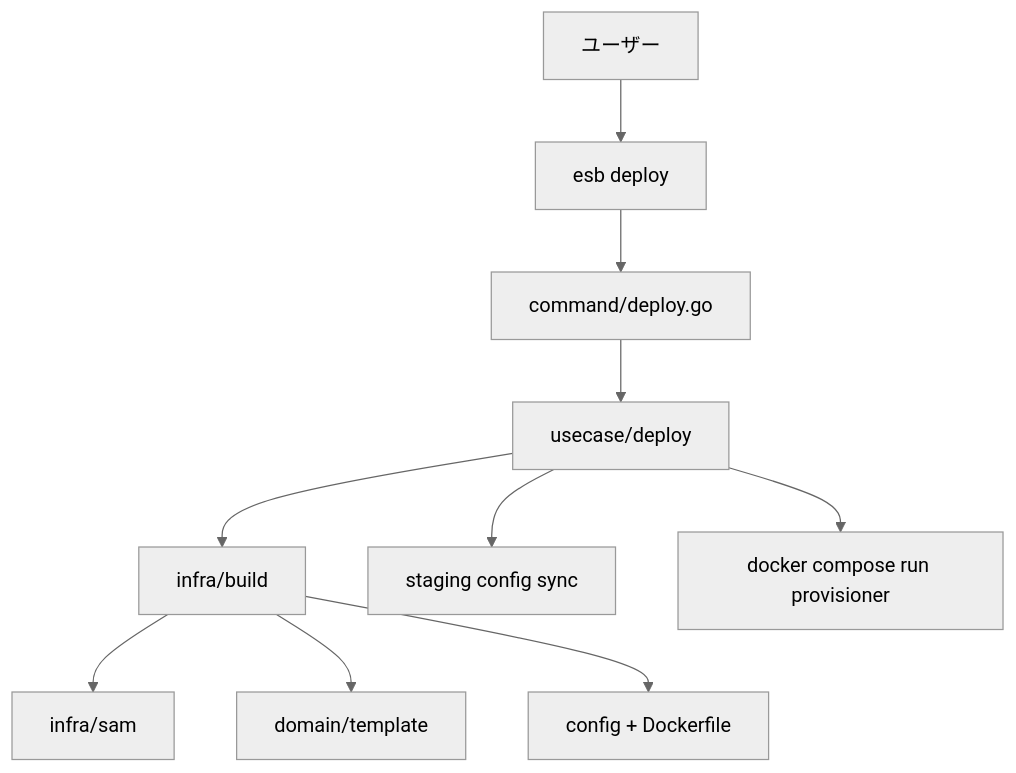
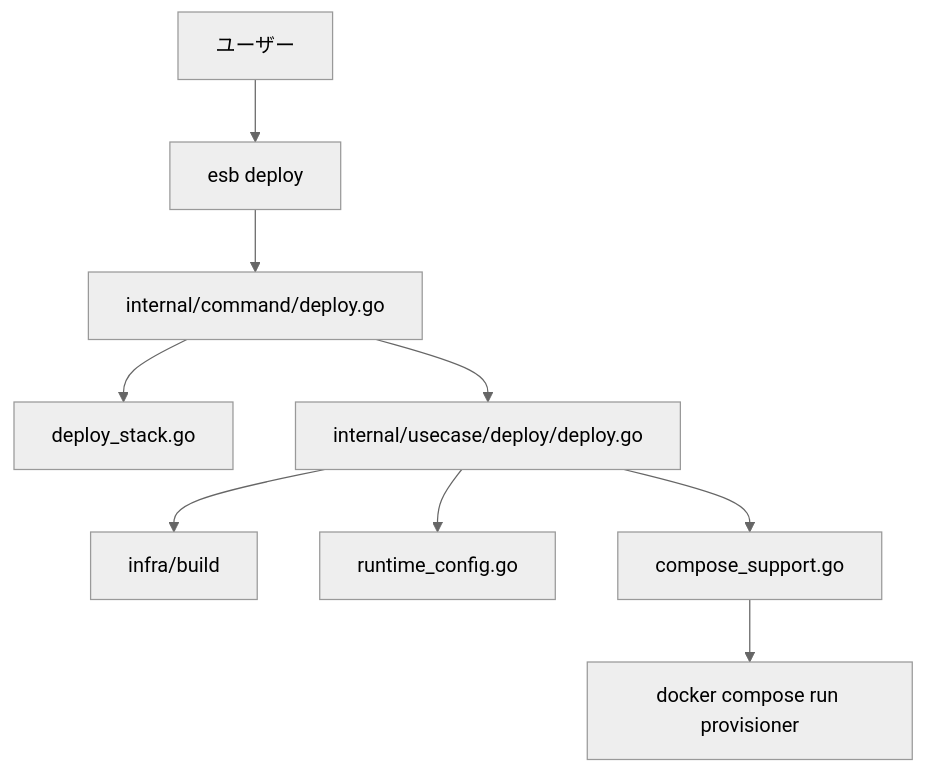
The diagram in docs/architecture.md (poruru-code/esb-cli), drawn with Mermaid (neutral theme) before and after one commit. The commit also changed other lines of this file, not shown here.

````diff
--- a/docs/architecture.md
+++ b/docs/architecture.md
@@ -12,12 +18,11 @@
 ```mermaid
 graph TD
     User[ユーザー] --> CLI[esb deploy]
-    CLI --> Command[command/deploy.go]
-    Command --> Usecase[usecase/deploy]
+    CLI --> Command[internal/command/deploy.go]
+    Command --> Stack[deploy_stack.go]
+    Command --> Usecase[internal/usecase/deploy/deploy.go]
     Usecase --> Build[infra/build]
-    Build --> SAM[infra/sam]
-    Build --> Template[domain/template]
-    Build --> Outputs[config + Dockerfile]
-    Usecase --> RuntimeConfig[staging config sync]
-    Usecase --> Provisioner[docker compose run provisioner]
+    Usecase --> RuntimeSync[runtime_config.go]
+    Usecase --> ComposeSupport[compose_support.go]
+    ComposeSupport --> Provisioner[docker compose run provisioner]
 ```
````
